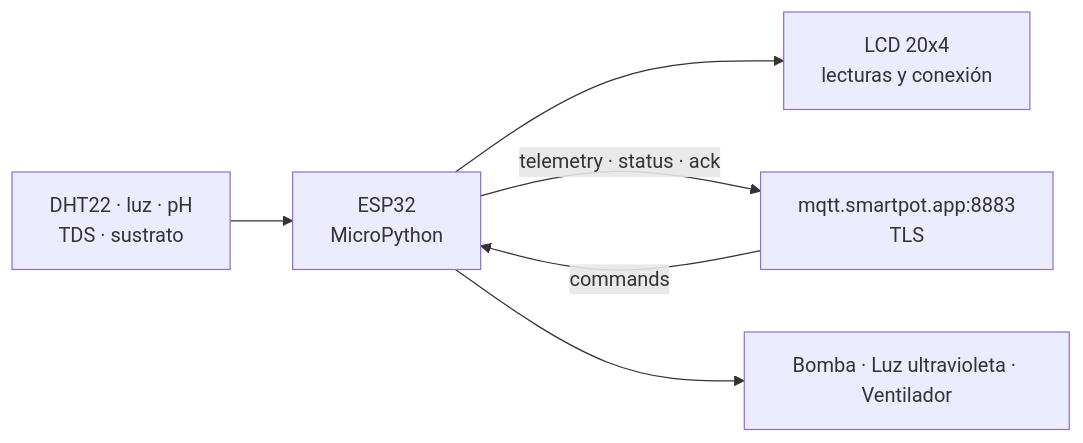
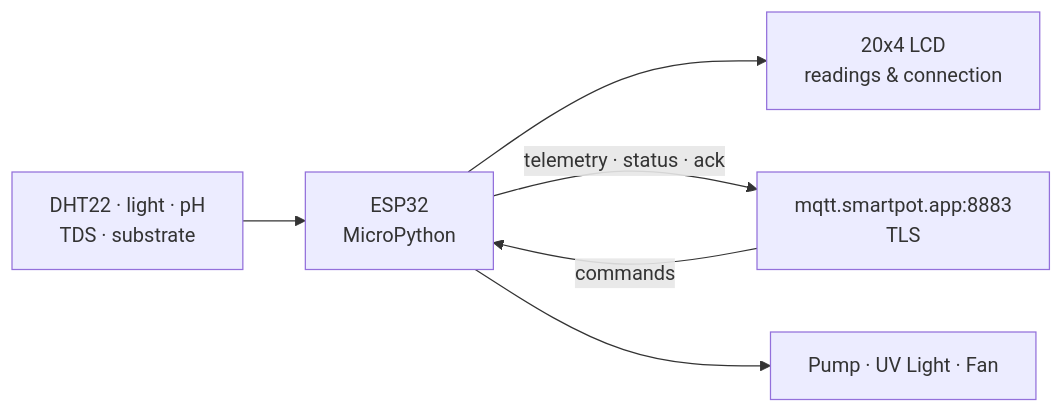
The second of 2 diagrams in README.md (SmartPotTech/SmartPot-IoT-Python), drawn with Mermaid before and after one commit.

Commit message:
docs(architecture): update and standardize architecture diagrams via archify [skip deploy] #no-deploy

````diff
--- a/README.md
+++ b/README.md
@@ -190,8 +190,8 @@
 ```mermaid
 flowchart LR
-  sensores["DHT22 · luz · pH<br/>TDS · sustrato"] --> esp["ESP32<br/>MicroPython"]
-  esp --> lcd["LCD 20x4<br/>lecturas y conexión"]
+  sensors["DHT22 · light · pH<br/>TDS · substrate"] --> esp["ESP32<br/>MicroPython"]
+  esp --> lcd["20x4 LCD<br/>readings & connection"]
   esp -->|"telemetry · status · ack"| broker["mqtt.smartpot.app:8883<br/>TLS"]
   broker -->|"commands"| esp
-  esp --> act["Bomba · Luz ultravioleta · Ventilador"]
+  esp --> act["Pump · UV Light · Fan"]
 ```
````
